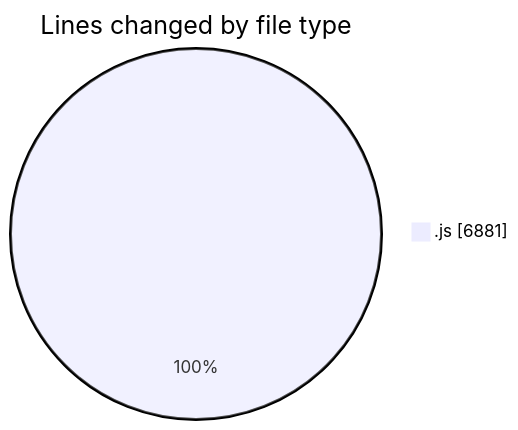
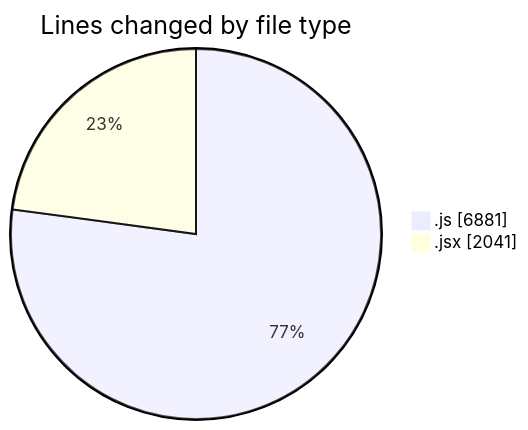
One commit to nxtqubesakshisongat/code-tracking changed the first of 2 diagrams in 2025-10-01/nxtqube_webapp/README.md. Above: the diagram before and after it, drawn with Mermaid. The commit also changed other lines of this file and 1 other file, not shown here.

````diff
--- a/2025-10-01/nxtqube_webapp/README.md
+++ b/2025-10-01/nxtqube_webapp/README.md
@@ -21,5 +22,6 @@
 ```mermaid
 pie showData
 title Lines changed by file type
 ".js" : 6881
+".jsx" : 2041
 ```
````
